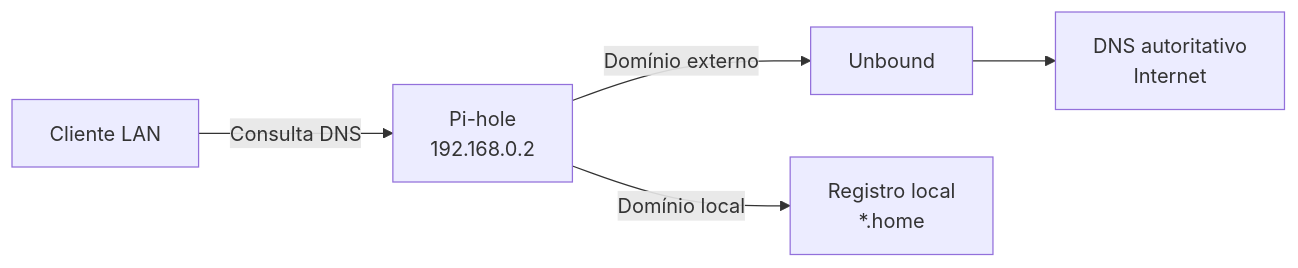
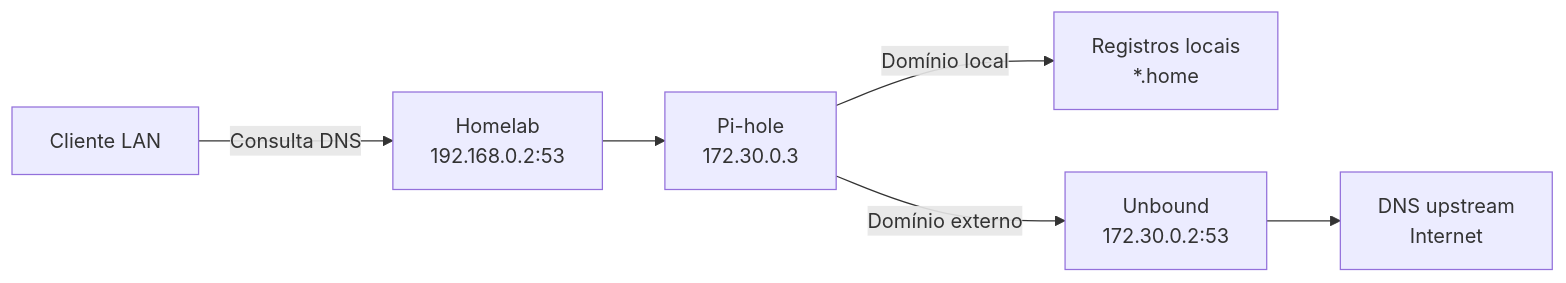
Before and after one commit to satrohoria/homelab-infra: the third of 12 diagrams in docs/architecture.md, drawn with Mermaid. The commit also changed other lines of this file and 3 other files, not shown here.

Commit message:
Update homelab architecture and hardening docs

````diff
--- a/docs/architecture.md
+++ b/docs/architecture.md
@@ -113,16 +187,23 @@
 ```mermaid
 flowchart LR
 
     Client["Cliente LAN"]
-    Pi["Pi-hole<br/>192.168.0.2"]
-    Unbound["Unbound"]
-    DNS["DNS autoritativo<br/>Internet"]
 
-    Client -->|"Consulta DNS"| Pi
+    Host["Homelab<br/>192.168.0.2:53"]
 
-    Pi -->|"Domínio local"| Local["Registro local<br/>*.home"]
+    Pi["Pi-hole<br/>172.30.0.3"]
 
+    Local["Registros locais<br/>*.home"]
+
+    Unbound["Unbound<br/>172.30.0.2:53"]
+
+    External["DNS upstream<br/>Internet"]
+
+    Client -->|"Consulta DNS"| Host
+    Host --> Pi
+
+    Pi -->|"Domínio local"| Local
     Pi -->|"Domínio externo"| Unbound
 
-    Unbound --> DNS
+    Unbound --> External
 ```
````
